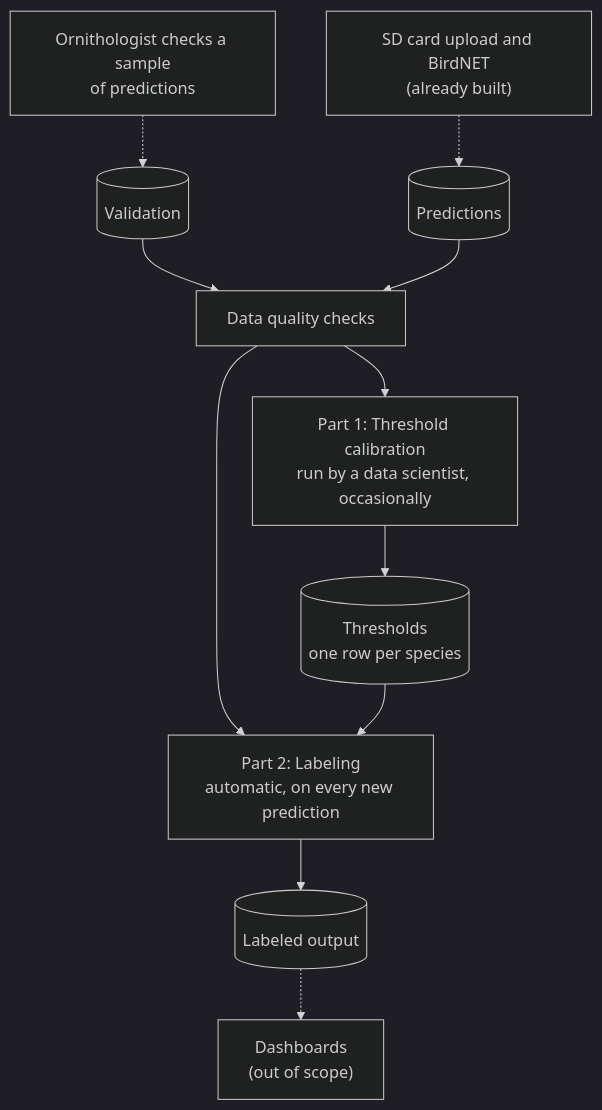
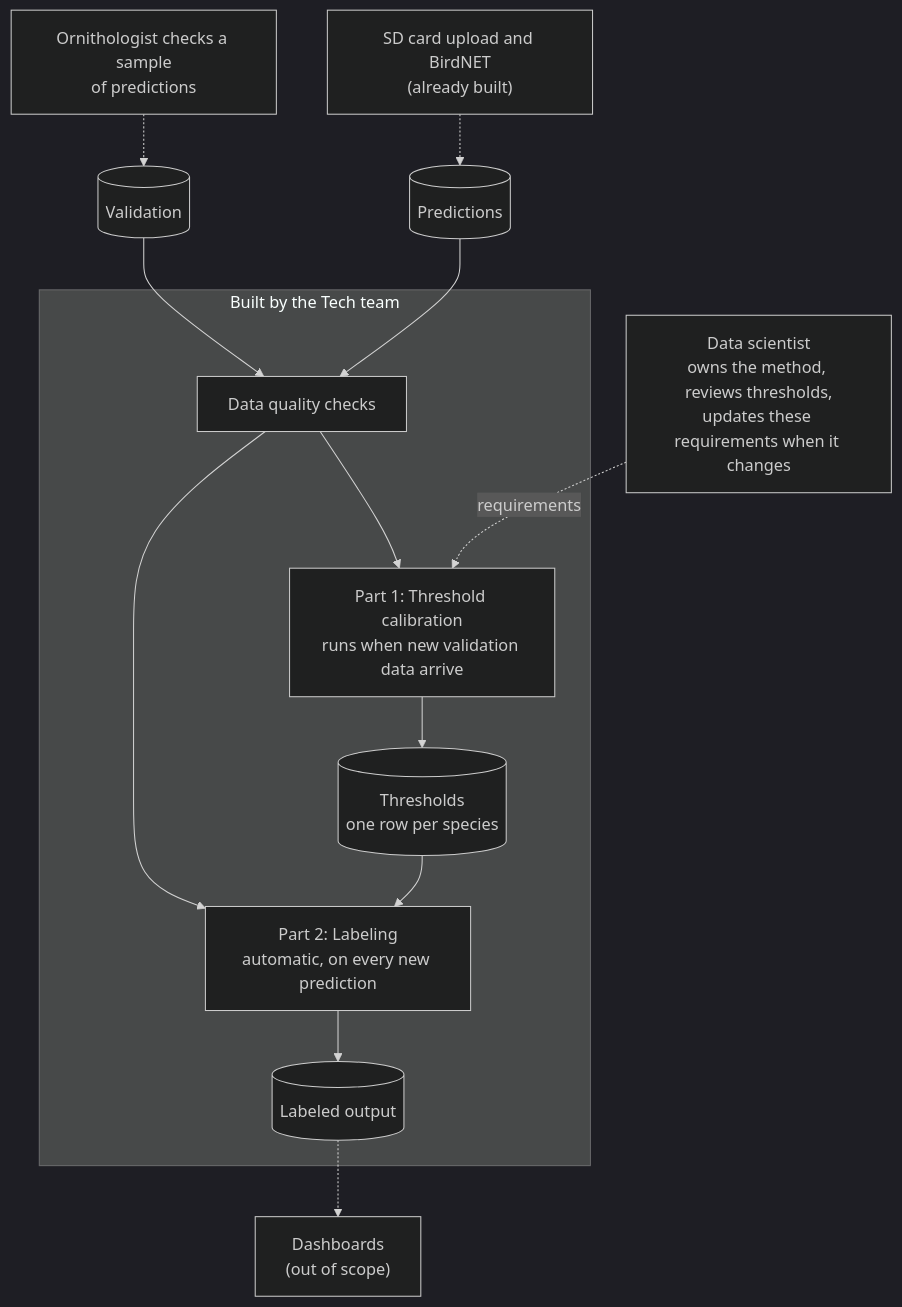
The diagram in Data_Birds/Tech_Requirements.md (srcohen/NS_SDS_TakeHomeProject_SCohen), drawn with Mermaid (dark theme) before and after one commit. The commit also changed other lines of this file, not shown here.

Commit message:
considering having the calibration workflow included in the data pipeline build

````diff
--- a/Data_Birds/Tech_Requirements.md
+++ b/Data_Birds/Tech_Requirements.md
@@ -11,24 +22,30 @@
 ```mermaid
 flowchart TD
     SME["Ornithologist checks a sample<br/>of predictions"]
     U["SD card upload and BirdNET<br/>(already built)"]
     V[("Validation")]
     P[("Predictions")]
-    QC["Data quality checks"]
-    P1["Part 1: Threshold calibration<br/>run by a data scientist, occasionally"]
-    T[("Thresholds<br/>one row per species")]
-    P2["Part 2: Labeling<br/>automatic, on every new prediction"]
-    L[("Labeled output")]
+    DS["Data scientist<br/>owns the method, reviews thresholds,<br/>updates these requirements when it changes"]
+
+    subgraph TECH["Built by the Tech team"]
+        QC["Data quality checks"]
+        P1["Part 1: Threshold calibration<br/>runs when new validation data arrive"]
+        T[("Thresholds<br/>one row per species")]
+        P2["Part 2: Labeling<br/>automatic, on every new prediction"]
+        L[("Labeled output")]
+    end
+
     D["Dashboards<br/>(out of scope)"]
 
     SME -.-> V
     U -.-> P
     V --> QC
     P --> QC
     QC --> P1
     QC --> P2
     P1 --> T
     T --> P2
     P2 --> L
     L -.-> D
+    DS -.->|requirements| P1
 ```
````
